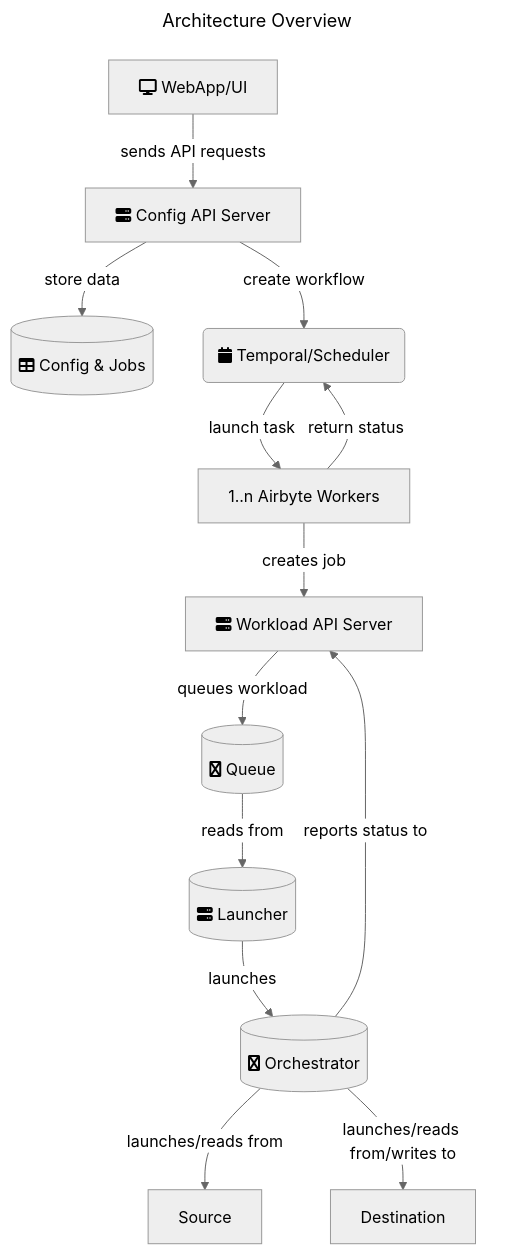
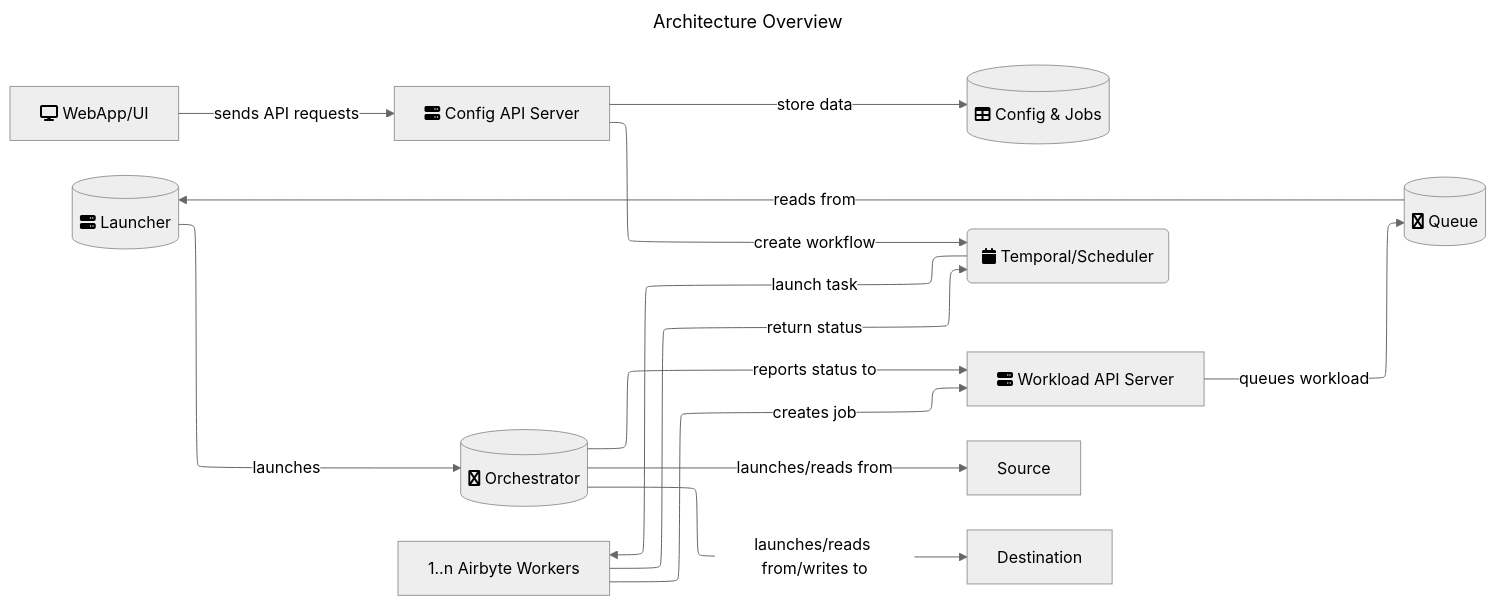
One commit to airbytehq/airbyte changed the diagram in docs/understanding-airbyte/high-level-view.md. Above: the diagram before and after it, drawn with Mermaid (neutral theme).

Commit message:
Use a different renderer to fit the diagram.

````diff
--- a/docs/understanding-airbyte/high-level-view.md
+++ b/docs/understanding-airbyte/high-level-view.md
@@ -15,28 +15,29 @@
 ```mermaid
 ---
 title: Architecture Overview
 ---
-flowchart
+%%{init: {"flowchart": {"defaultRenderer": "elk"}} }%%
+flowchart LR
     W[fa:fa-display WebApp/UI]
     S[fa:fa-server Config API Server]
     D[(fa:fa-table Config & Jobs)]
     L[(fa:fa-server Launcher)]
     O[(fa:fa-superpowers Orchestrator)]
     Q[(fa:fa-superpowers Queue)]
     T(fa:fa-calendar Temporal/Scheduler)
     W2[1..n Airbyte Workers]
     WL[fa:fa-server Workload API Server]
     
     W -->|sends API requests| S
     S -->|store data| D
     S -->|create workflow| T
     T -->|launch task| W2
     W2 -->|return status| T
     W2 -->|creates job| WL
     WL -->|queues workload| Q
     Q  -->|reads from| L
     L -->|launches| O
     O -->|launches/reads from| Source
     O -->|launches/reads from/writes to| Destination
     O -->|reports status to| WL
 ```
````
